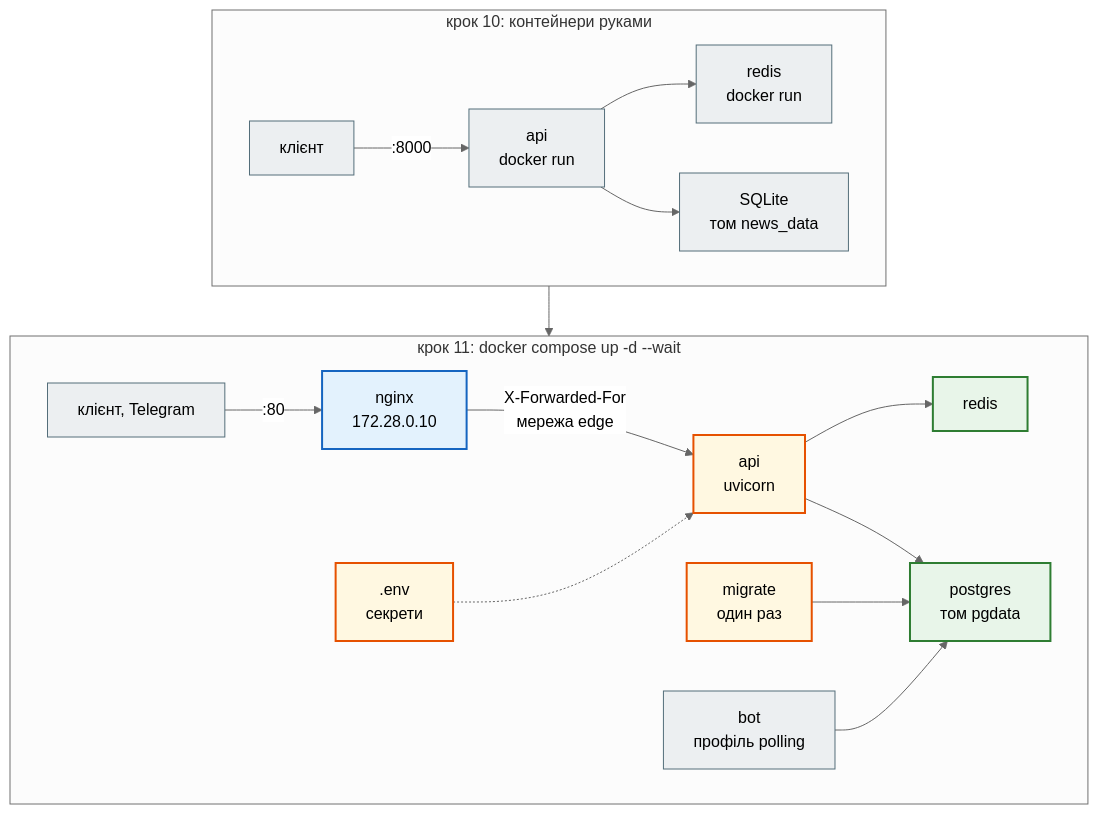
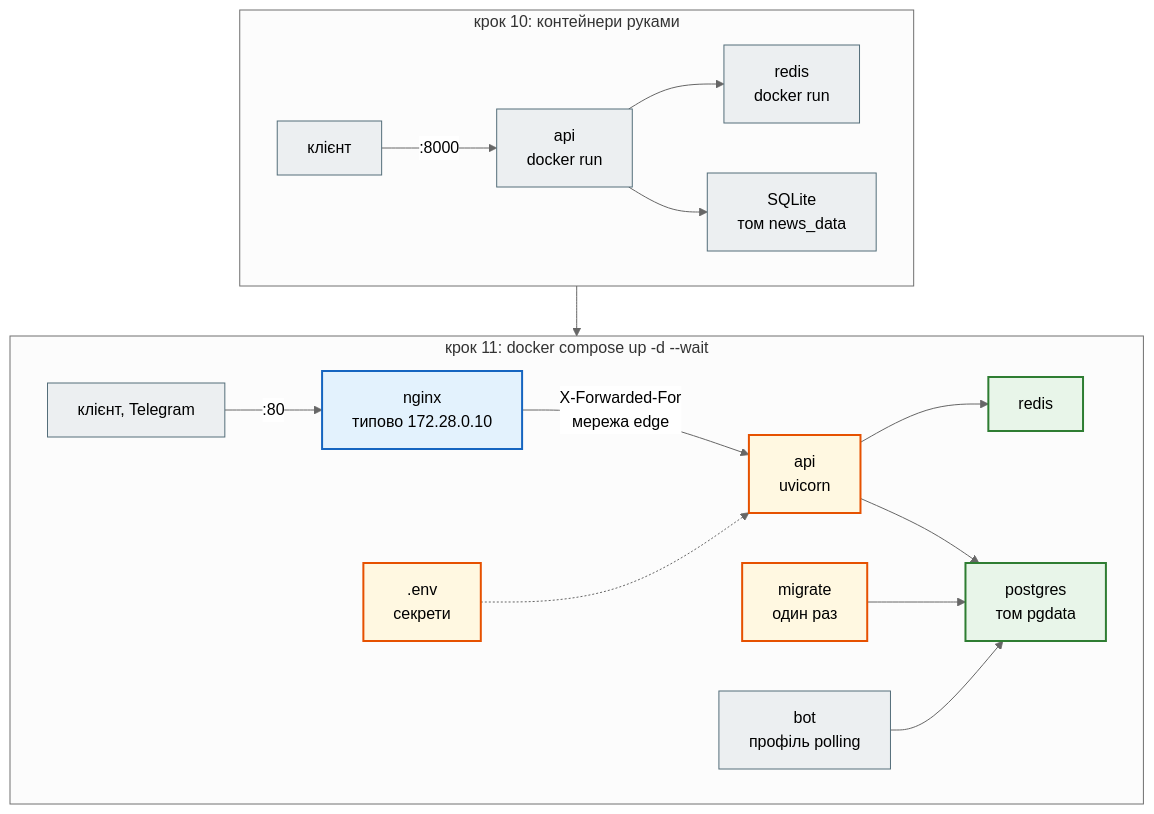
Before and after one commit to NikoriakViktor/news_hub: the diagram in docs/tutorials/11_compose_deploy/index.md, drawn with Mermaid (neutral theme). The commit also changed other lines of this file and 27 other files, not shown here.

````diff
--- a/docs/tutorials/11_compose_deploy/index.md
+++ b/docs/tutorials/11_compose_deploy/index.md
@@ -44,32 +44,32 @@
 ```mermaid
 flowchart TD
     classDef step     fill:#eceff1,stroke:#546e7a,stroke-width:1px;
     classDef decision fill:#e3f2fd,stroke:#1565c0,stroke-width:2px;
     classDef success  fill:#e8f5e9,stroke:#2e7d32,stroke-width:2px;
     classDef error    fill:#ffebee,stroke:#c62828,stroke-width:3px;
     classDef warning  fill:#fff8e1,stroke:#e65100,stroke-width:2px;
 
     subgraph OLD ["крок 10: контейнери руками"]
         direction LR
         U0["клієнт"] -- ":8000" --> A0["api<br>docker run"]
         A0 --> R0["redis<br>docker run"]
         A0 --> S0["SQLite<br>том news_data"]
     end
     subgraph NEW ["крок 11: docker compose up -d --wait"]
         direction LR
-        U["клієнт, Telegram"] -- ":80" --> N["nginx<br>172.28.0.10"]
+        U["клієнт, Telegram"] -- ":80" --> N["nginx<br>типово 172.28.0.10"]
         N -- "X-Forwarded-For<br>мережа edge" --> A["api<br>uvicorn"]
         M["migrate<br>один раз"] --> PG["postgres<br>том pgdata"]
         A --> PG
         A --> RD["redis"]
         B["bot<br>профіль polling"] --> PG
         E[".env<br>секрети"] -.-> A
     end
     OLD --> NEW
 
     class U0,A0,R0,S0 step
     class U,B step
     class N decision
     class A,E,M warning
     class PG,RD success
 ```
````
